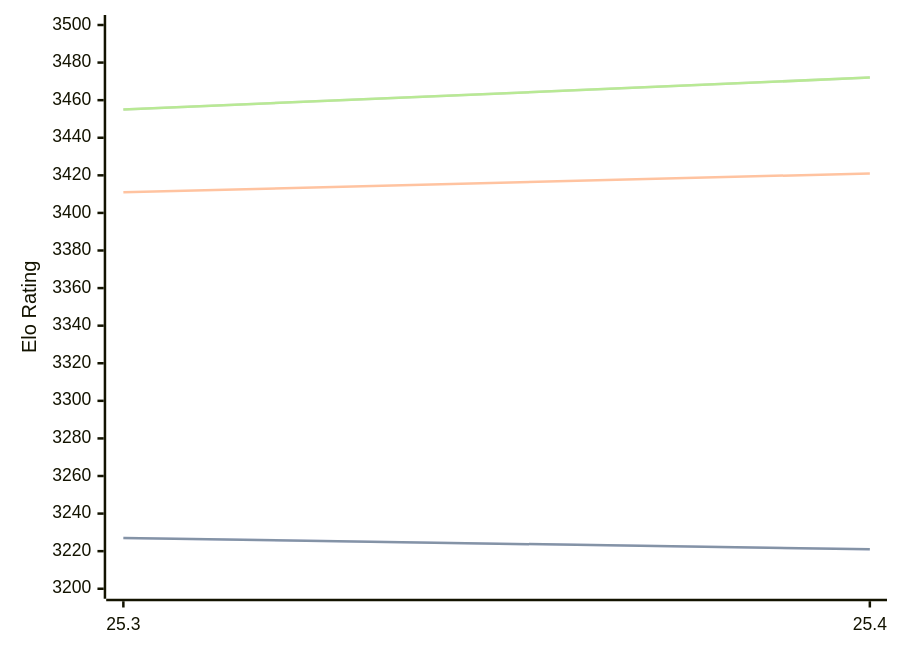
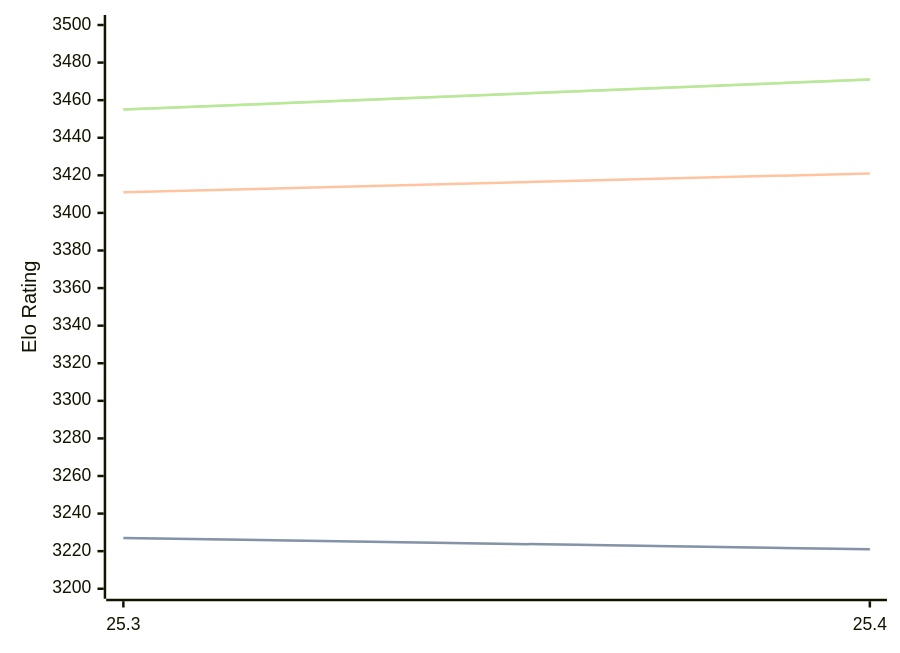
Before and after one commit to computer-chess-index/cci: the diagram in engines/Arasan.md, drawn with Mermaid. The commit also changed other lines of this file, not shown here.

Commit message:
Update CCI Ratings (ELO VLTC) - 2026-06-10

````diff
--- a/engines/Arasan.md
+++ b/engines/Arasan.md
@@ -33,11 +33,11 @@
 ```mermaid
 %%{init: {"theme":"base","themeVariables":{"seriesColors:['#a3a3a3','#222221','#faa371']}}}%%
 xychart-beta
   x-axis ["25.3", "25.4"]
   y-axis "Elo Rating" 3200 --> 3500
   line "STC (8.0+0.08s)" [3227, 3221]
   line "STC (8.0+0.08s)" [3227, 3221]
   line "LTC (60.0+0.60s)" [3411, 3421]
-  line "VLTC (2m24s+1.12s)" [3455, 3472]
-  line "VLTC (2m24s+1.12s)" [3455, 3472]
+  line "VLTC (2m24s+1.12s)" [3455, 3471]
+  line "VLTC (2m24s+1.12s)" [3455, 3471]
 ```
````
